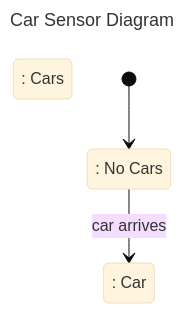
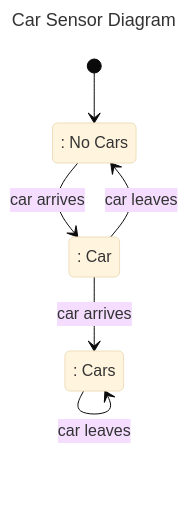
Before and after one commit to VinayakFia/Obsidian: the first of 3 diagrams in COMP3153/System Model - Vinayak Fialok.md, drawn with Mermaid (base theme).

Commit message:
vault backup: 2024-09-17 21:03:56

````diff
--- a/COMP3153/System Model - Vinayak Fialok.md
+++ b/COMP3153/System Model - Vinayak Fialok.md
@@ -17,11 +17,14 @@
 ```mermaid
 ---
 title: Car Sensor Diagram
 ---
 stateDiagram-v2
 	n:: No Cars
 	c:: Car
 	nc:: Cars
 	[*] --> n
 	n --> c : car arrives
+	c --> n : car leaves
+	c --> nc : car arrives
+	nc --> nc : car leaves
 ```
````
